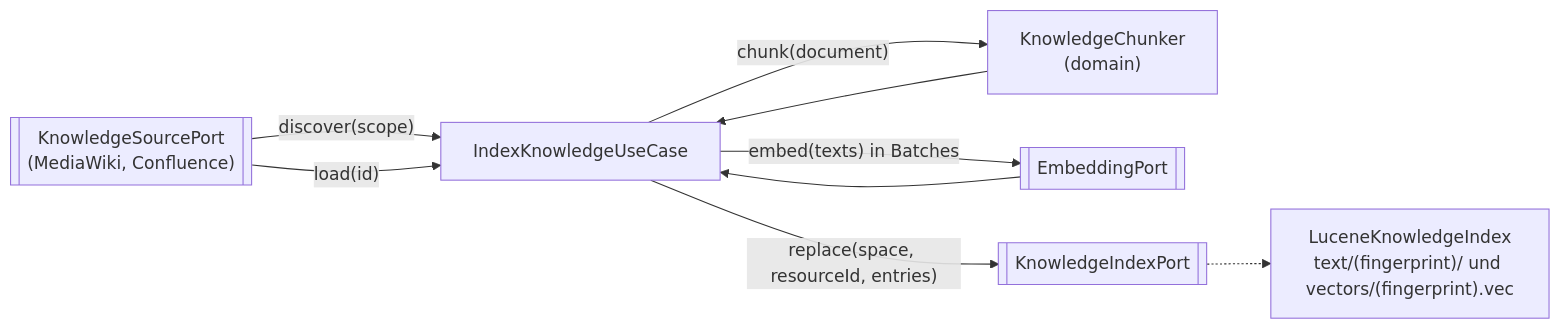
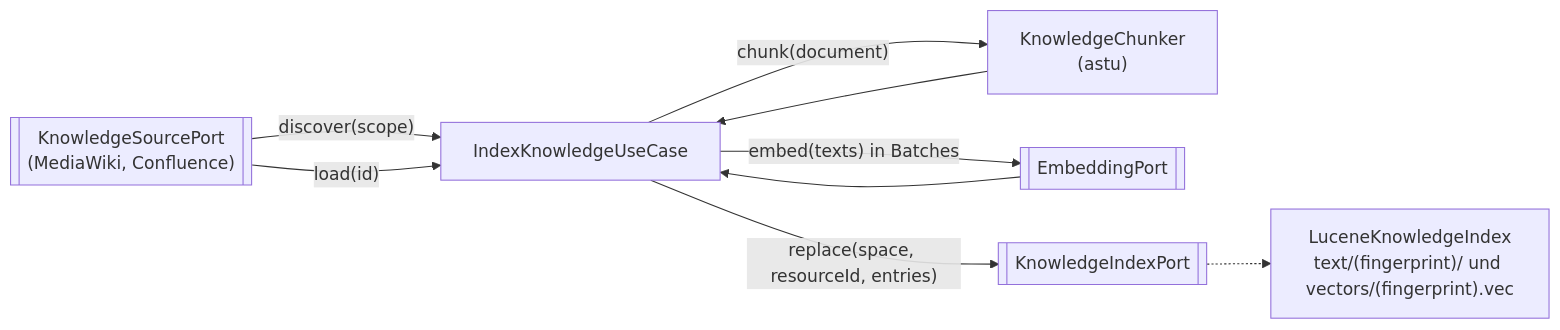
One commit to aresstack/enterprise-ai-client changed the first of 2 diagrams in docs/rag-datenfluss.md. Above: the diagram before and after it, drawn with Mermaid. The commit also changed other lines of this file and 2204 other files, not shown here.

````diff
--- a/docs/rag-datenfluss.md
+++ b/docs/rag-datenfluss.md
@@ -10,11 +10,11 @@
 ```mermaid
 flowchart LR
     src[["KnowledgeSourcePort\n(MediaWiki, Confluence)"]] -- "discover(scope)" --> idx["IndexKnowledgeUseCase"]
     src -- "load(id)" --> idx
-    idx -- "chunk(document)" --> chunker["KnowledgeChunker\n(domain)"]
+    idx -- "chunk(document)" --> chunker["KnowledgeChunker\n(astu)"]
     chunker --> idx
     idx -- "embed(texts) in Batches" --> emb[["EmbeddingPort"]]
     emb --> idx
     idx -- "replace(space, resourceId, entries)" --> index[["KnowledgeIndexPort"]]
     index -.-> lucene["LuceneKnowledgeIndex\ntext/(fingerprint)/ und vectors/(fingerprint).vec"]
 ```
````
